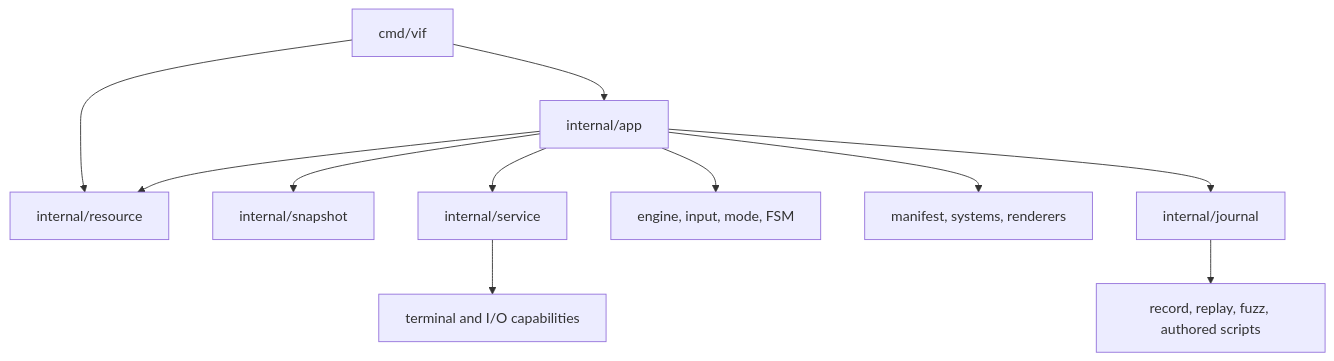
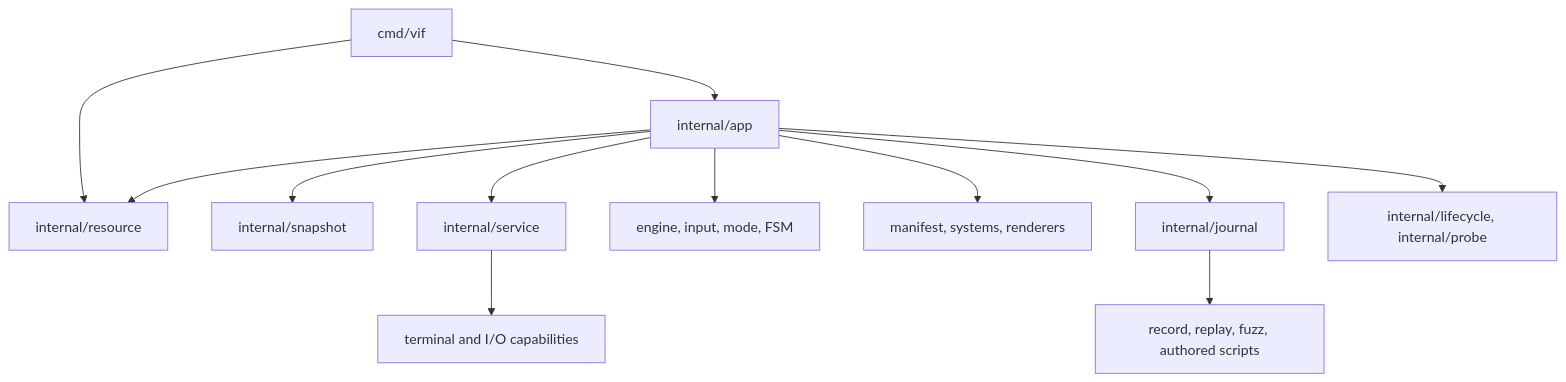
The first of 4 diagrams in doc/package-map.md (lixenwraith/vi-fighter), drawn with Mermaid before and after one commit. The commit also changed other lines of this file and 28 other files, not shown here.

````diff
--- a/doc/package-map.md
+++ b/doc/package-map.md
@@ -9,13 +9,14 @@
 ```mermaid
 flowchart TD
     Vif["cmd/vif"] --> App["internal/app"]
     Vif --> Resource["internal/resource"]
     App --> Resource
     App --> Snapshot["internal/snapshot"]
     App --> Services["internal/service"]
     App --> Runtime["engine, input, mode, FSM"]
     App --> Assembly["manifest, systems, renderers"]
     App --> Journal["internal/journal"]
+    App --> Supervised["internal/lifecycle, internal/probe"]
     Journal --> Streams["record, replay, fuzz, authored scripts"]
     Services --> External["terminal and I/O capabilities"]
 ```
````
